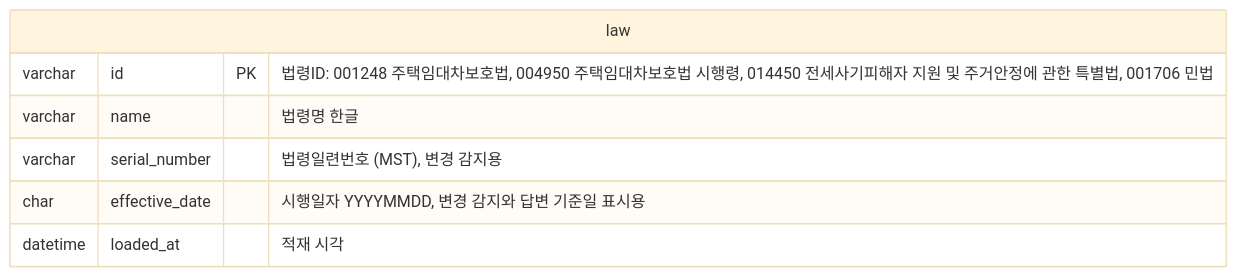
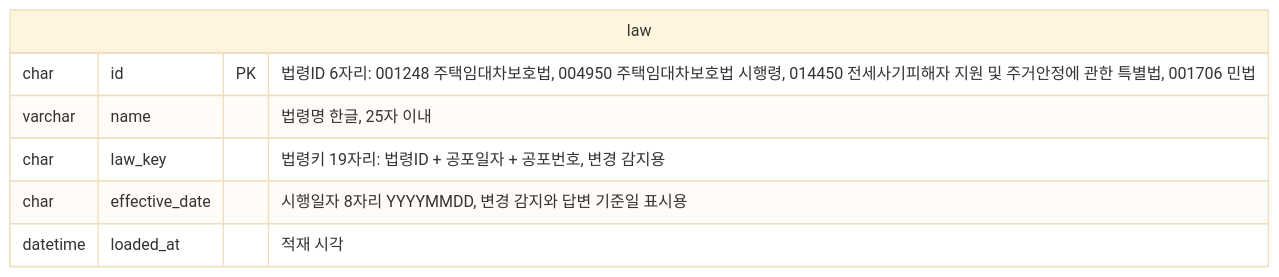
Before and after one commit to f-lab-edu/jipsee: the eighth of 10 diagrams in docs/erd.md, drawn with Mermaid (base theme). The commit also changed other lines of this file, not shown here.

````diff
--- a/docs/erd.md
+++ b/docs/erd.md
@@ -208,10 +208,10 @@
 ```mermaid
 erDiagram
     law {
-        varchar id PK "법령ID: 001248 주택임대차보호법, 004950 주택임대차보호법 시행령, 014450 전세사기피해자 지원 및 주거안정에 관한 특별법, 001706 민법"
-        varchar name "법령명 한글"
-        varchar serial_number "법령일련번호 (MST), 변경 감지용"
-        char effective_date "시행일자 YYYYMMDD, 변경 감지와 답변 기준일 표시용"
+        char id PK "법령ID 6자리: 001248 주택임대차보호법, 004950 주택임대차보호법 시행령, 014450 전세사기피해자 지원 및 주거안정에 관한 특별법, 001706 민법"
+        varchar name "법령명 한글, 25자 이내"
+        char law_key "법령키 19자리: 법령ID + 공포일자 + 공포번호, 변경 감지용"
+        char effective_date "시행일자 8자리 YYYYMMDD, 변경 감지와 답변 기준일 표시용"
         datetime loaded_at "적재 시각"
     }
 ```
````
